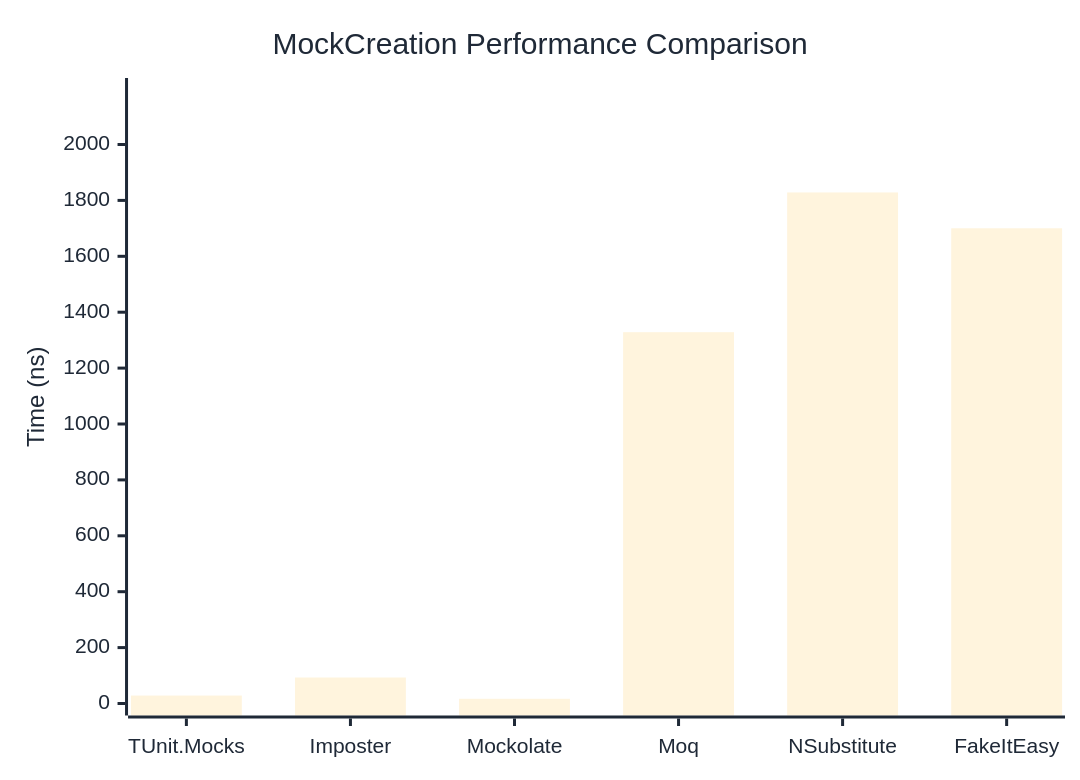
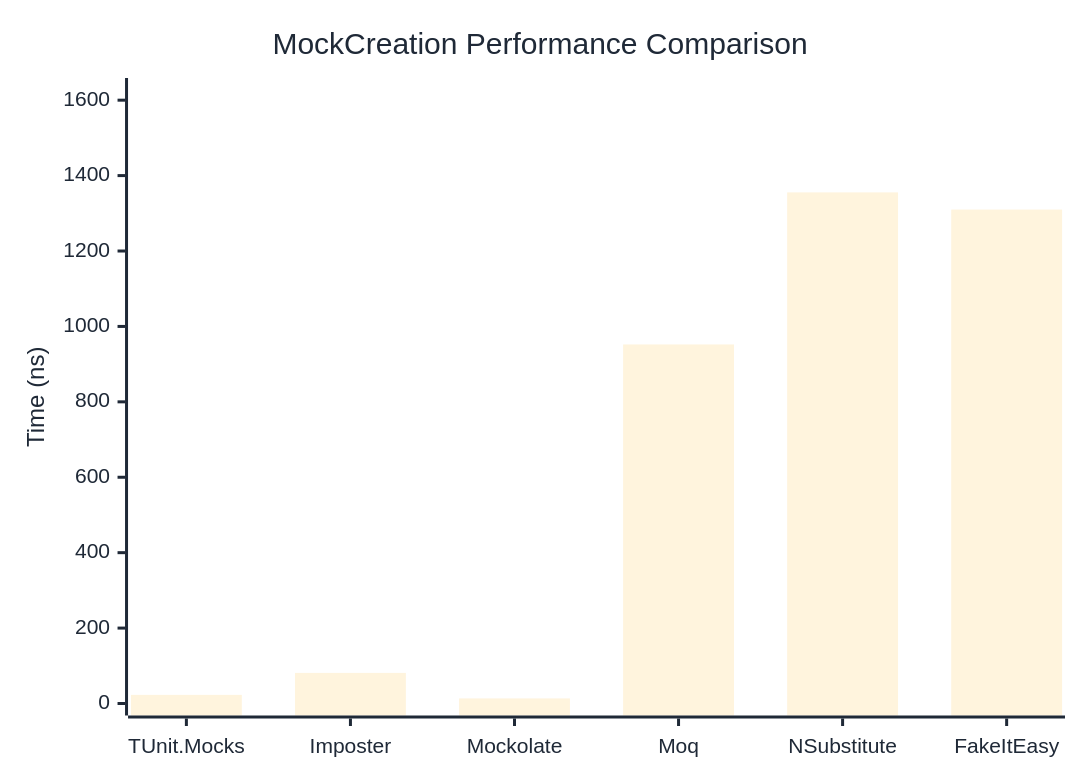
The first of 2 diagrams in docs/docs/benchmarks/mocks/MockCreation.md (thomhurst/TUnit), drawn with Mermaid before and after one commit. The commit also changed other lines of this file and 14 other files, not shown here.

````diff
--- a/docs/docs/benchmarks/mocks/MockCreation.md
+++ b/docs/docs/benchmarks/mocks/MockCreation.md
@@ -30,27 +30,27 @@
 ```mermaid
 %%{init: {
   'theme':'base',
   'themeVariables': {
     'primaryColor': '#2563eb',
     'primaryTextColor': '#1f2937',
     'primaryBorderColor': '#1e40af',
     'lineColor': '#6b7280',
     'secondaryColor': '#7c3aed',
     'tertiaryColor': '#dc2626',
     'background': '#ffffff',
     'pie1': '#2563eb',
     'pie2': '#7c3aed',
     'pie3': '#dc2626',
     'pie4': '#f59e0b',
     'pie5': '#10b981',
     'pie6': '#06b6d4',
     'pie7': '#ec4899',
     'pie8': '#6366f1'
   }
 }}%%
 xychart-beta
   title "MockCreation Performance Comparison"
   x-axis ["TUnit.Mocks", "Imposter", "Mockolate", "Moq", "NSubstitute", "FakeItEasy"]
-  y-axis "Time (ns)" 0 --> 2195
-  bar [28.45, 93.01, 16.89, 1328.45, 1828.48, 1700.27]
+  y-axis "Time (ns)" 0 --> 1627
+  bar [22.89, 81.17, 13.5, 952.21, 1355.45, 1309.89]
 ```
````
